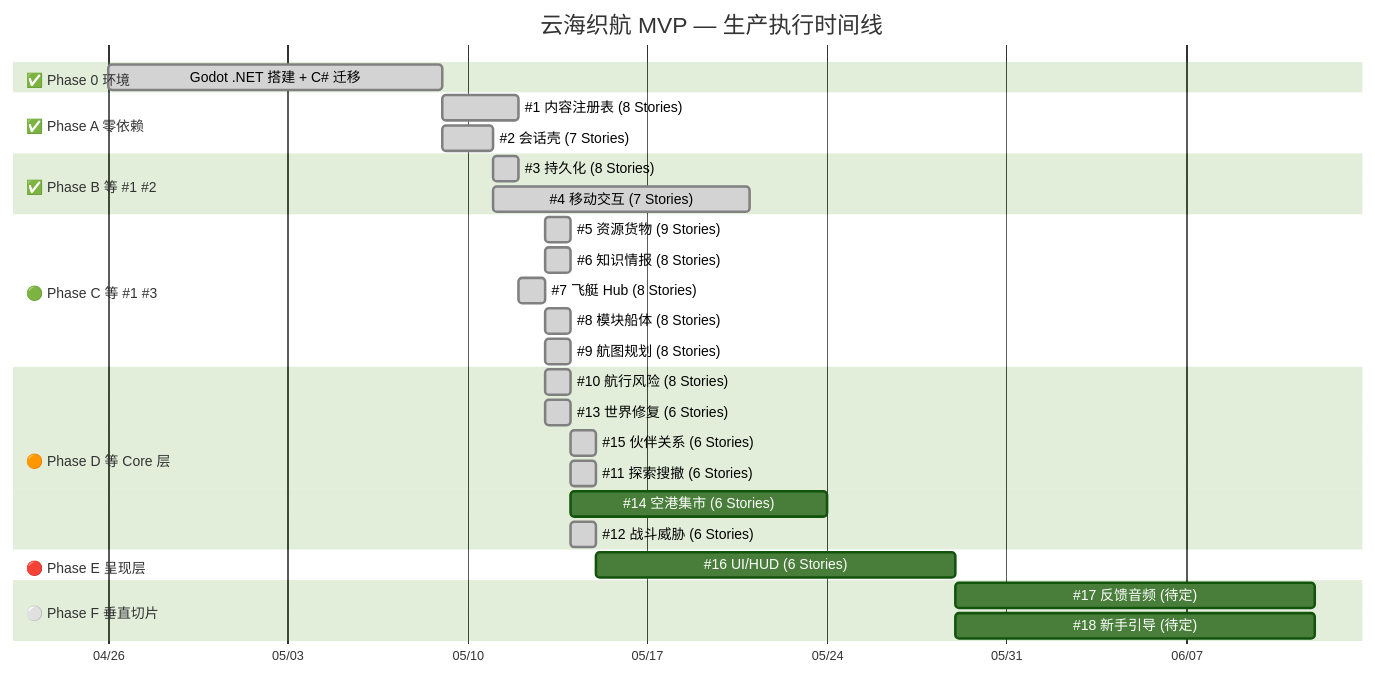
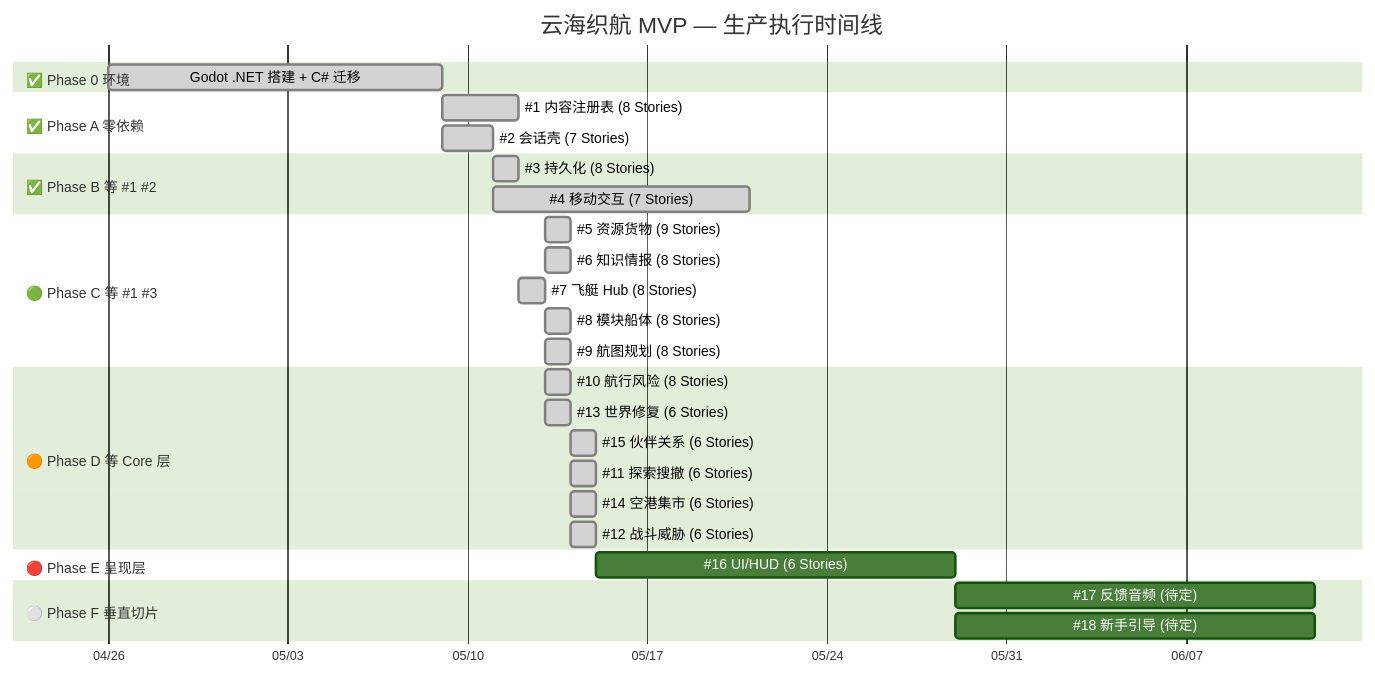
One commit to lieinsay/Claude-Code-Game-Studios changed the first of 3 diagrams in docs/reference/production-flowchart.md. Above: the diagram before and after it, drawn with Mermaid (forest theme). The commit also changed other lines of this file and 5 other files, not shown here.

````diff
--- a/docs/reference/production-flowchart.md
+++ b/docs/reference/production-flowchart.md
@@ -13,39 +13,39 @@
 ```mermaid
 gantt
     title 云海织航 MVP — 生产执行时间线
     dateFormat YYYY-MM-DD
     axisFormat %m/%d
 
     section ✅ Phase 0 环境
     Godot .NET 搭建 + C# 迁移   :done,    p0, 2026-04-26, 2026-05-09
 
     section ✅ Phase A 零依赖
     #1 内容注册表 (8 Stories)    :done,    p1a, 2026-05-09, 2026-05-12
     #2 会话壳     (7 Stories)    :done,    p1b, 2026-05-09, 2026-05-11
 
     section ✅ Phase B 等 #1 #2
     #3 持久化     (8 Stories)    :done,    p2a, 2026-05-11, 2026-05-12
     #4 移动交互   (7 Stories)    :done,    p2b, after p1b, 10d
 
     section 🟢 Phase C 等 #1 #3
     #5 资源货物   (9 Stories)    :done,    p3a, 2026-05-13, 1d
     #6 知识情报   (8 Stories)    :done,    p3b, 2026-05-13, 1d
     #7 飞艇 Hub   (8 Stories)    :done,    p3c, 2026-05-12, 1d
     #8 模块船体   (8 Stories)    :done,    p3d, 2026-05-13, 1d
     #9 航图规划   (8 Stories)    :done,    p3e, 2026-05-13, 1d
 
     section 🟠 Phase D 等 Core 层
     #10 航行风险  (8 Stories)    :done,    p4a, 2026-05-13, 1d
     #13 世界修复  (6 Stories)    :done,    p4b, 2026-05-13, 1d
     #15 伙伴关系  (6 Stories)    :done,    p4c, 2026-05-14, 1d
     #11 探索搜撤  (6 Stories)    :done,    p4d, 2026-05-14, 1d
-    #14 空港集市  (6 Stories)    :         p4e, after p4b, 10d
+    #14 空港集市  (6 Stories)    :done,    p4e, 2026-05-14, 1d
     #12 战斗威胁  (6 Stories)    :done,    p4f, 2026-05-14, 1d
 
     section 🔴 Phase E 呈现层
     #16 UI/HUD    (6 Stories)    :         p5a, after p4d, 14d
 
     section ⚪ Phase F 垂直切片
     #17 反馈音频  (待定)         :         p6a, after p5a, 14d
     #18 新手引导  (待定)         :         p6b, after p5a, 14d
 ```
````
